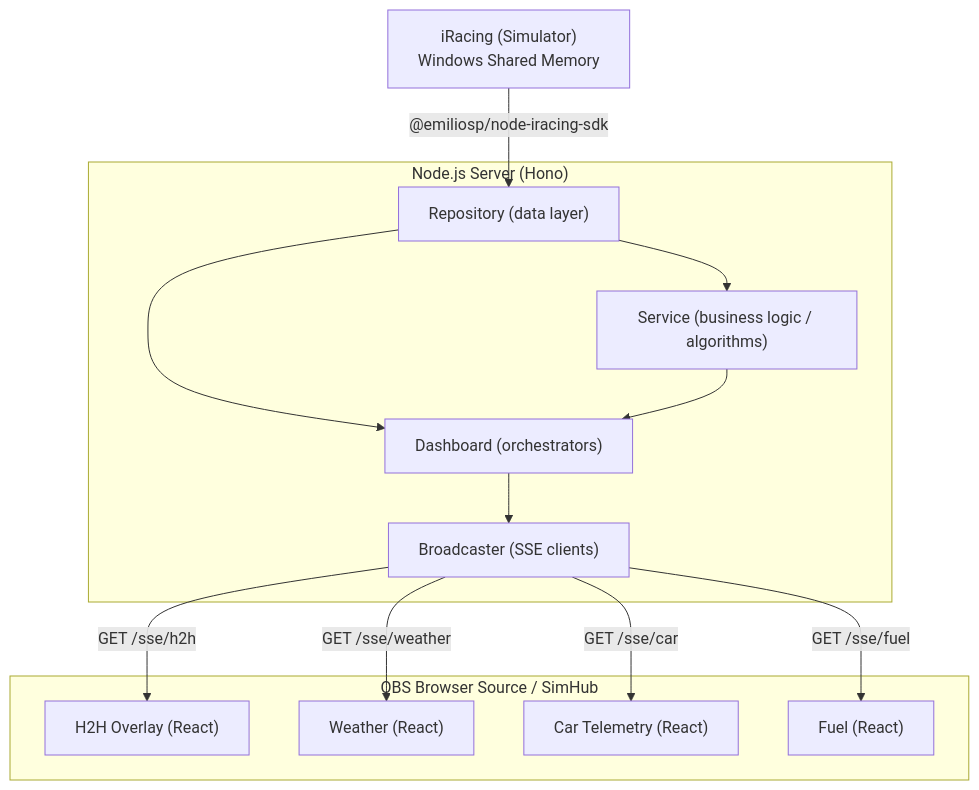
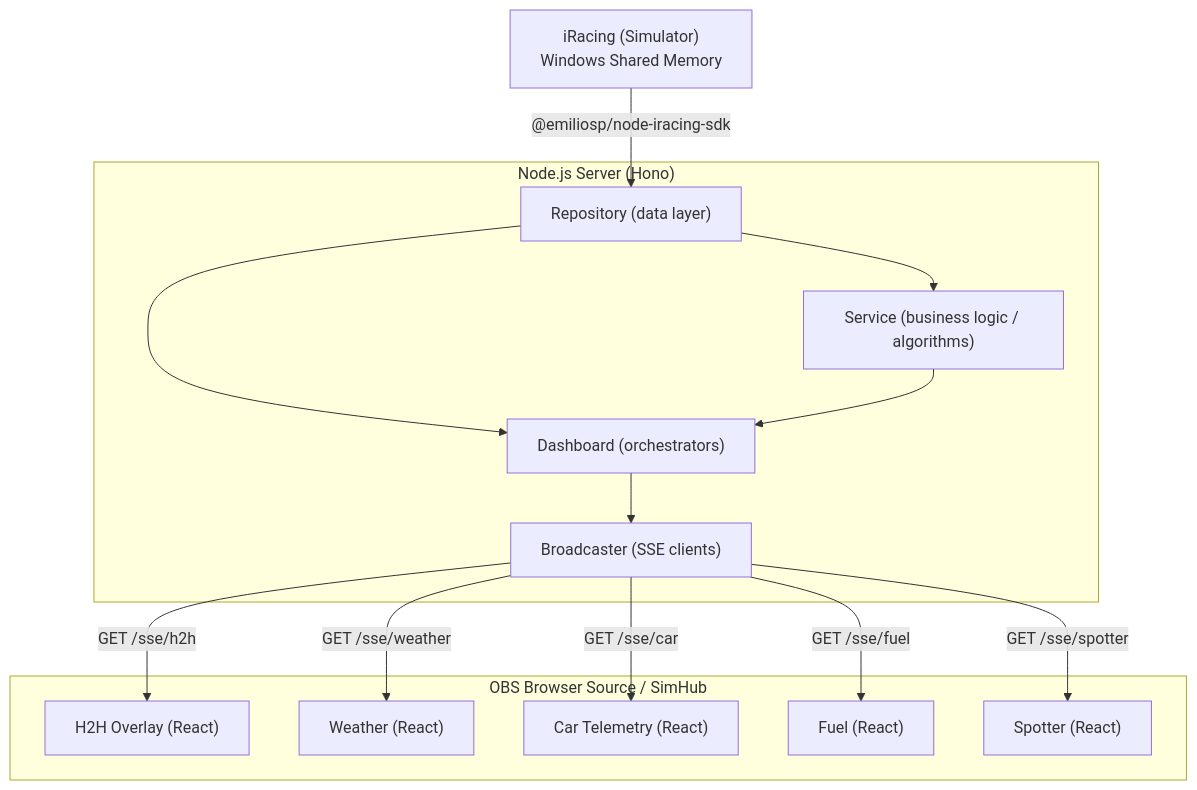
One commit to emilioSp/h2h-iracing changed the diagram in docs/architecture.md. Above: the diagram before and after it, drawn with Mermaid. The commit also changed other lines of this file and 32 other files, not shown here.

````diff
--- a/docs/architecture.md
+++ b/docs/architecture.md
@@ -9,30 +9,32 @@
 ```mermaid
 flowchart TD
     iRacing["iRacing (Simulator)<br/>Windows Shared Memory"]
 
     iRacing -->|"@emiliosp/node-iracing-sdk"| Repo
 
     subgraph Server["Node.js Server (Hono)"]
         Repo["Repository (data layer)"]
         Service["Service (business logic / algorithms)"]
         Dashboard["Dashboard (orchestrators)"]
         Broadcaster["Broadcaster (SSE clients)"]
 
         Repo --> Dashboard
         Repo --> Service
         Service --> Dashboard
         Dashboard --> Broadcaster
     end
 
     subgraph OBS["OBS Browser Source / SimHub"]
         H2H["H2H Overlay (React)"]
         Weather["Weather (React)"]
         Car["Car Telemetry (React)"]
         Fuel["Fuel (React)"]
+        Spotter["Spotter (React)"]
     end
 
     Broadcaster -->|"GET /sse/h2h"| H2H
     Broadcaster -->|"GET /sse/weather"| Weather
     Broadcaster -->|"GET /sse/car"| Car
     Broadcaster -->|"GET /sse/fuel"| Fuel
+    Broadcaster -->|"GET /sse/spotter"| Spotter
 ```
````
